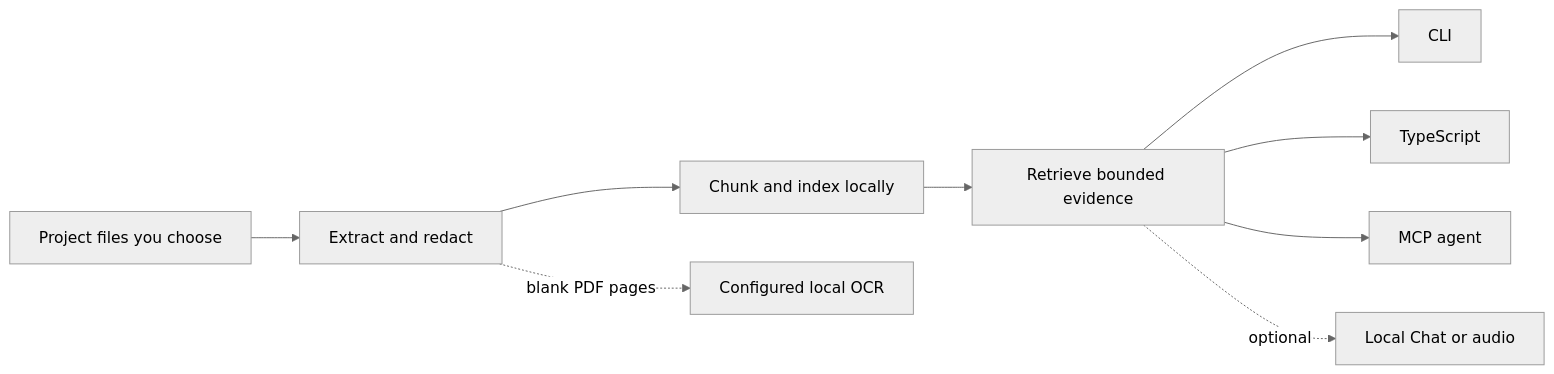
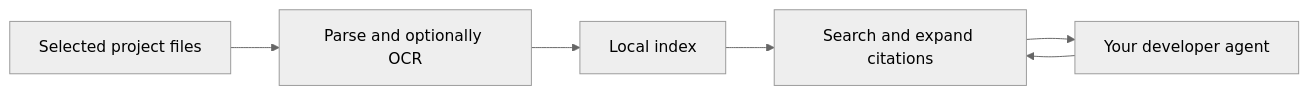
The diagram in README.md (jcode-works/jcode-ragmir), drawn with Mermaid (neutral theme) before and after one commit. The commit also changed other lines of this file and 197 other files, not shown here.

````diff
--- a/README.md
+++ b/README.md
@@ -114,11 +78,8 @@
 ```mermaid
 flowchart LR
-    A["Project files you choose"] --> B["Extract and redact"]
-    B --> C["Chunk and index locally"]
-    C --> D["Retrieve bounded evidence"]
-    D --> E["CLI"]
-    D --> F["TypeScript"]
-    D --> G["MCP agent"]
-    D -. optional .-> H["Local Chat or audio"]
-    B -. blank PDF pages .-> I["Configured local OCR"]
+    Files["Selected project files"] --> Extract["Parse and optionally OCR"]
+    Extract --> Index["Local index"]
+    Agent["Your developer agent"] --> Search["Search and expand citations"]
+    Index --> Search
+    Search --> Agent
 ```
````
